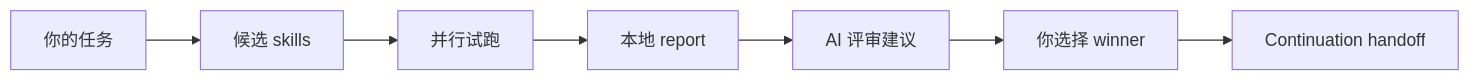
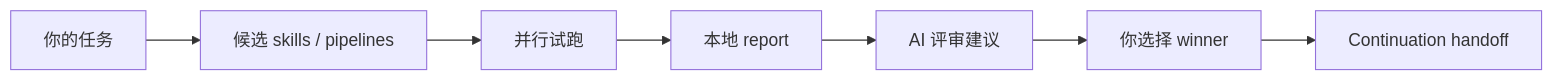
One commit to Jayden-X-L/forkprobe changed the diagram in README.zh-CN.md. Above: the diagram before and after it, drawn with Mermaid. The commit also changed other lines of this file and 2 other files, not shown here.

````diff
--- a/README.zh-CN.md
+++ b/README.zh-CN.md
@@ -36,9 +44,9 @@
 ```mermaid
 flowchart LR
-  A["你的任务"] --> B["候选 skills"]
+  A["你的任务"] --> B["候选 skills / pipelines"]
   B --> C["并行试跑"]
   C --> D["本地 report"]
   D --> E["AI 评审建议"]
   E --> F["你选择 winner"]
   F --> G["Continuation handoff"]
 ```
````
